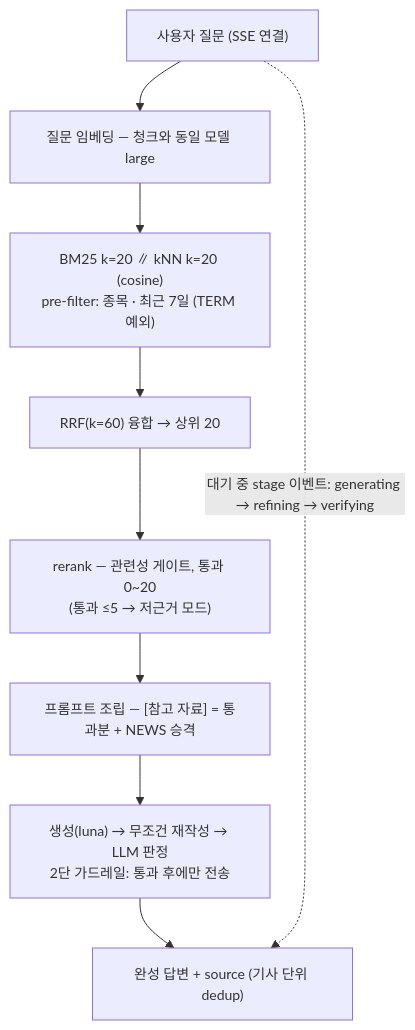
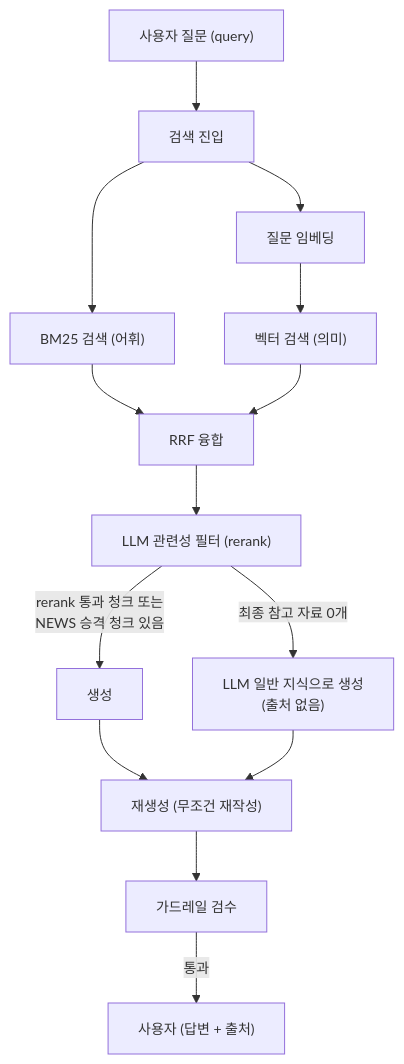
The second of 2 diagrams in ai-chatbot/3-1-architecture.md (sttak-app/sttak-docs), drawn with Mermaid before and after one commit. The commit also changed other lines of this file and 28 other files, not shown here.

````diff
--- a/ai-chatbot/3-1-architecture.md
+++ b/ai-chatbot/3-1-architecture.md
@@ -19,12 +44,16 @@
 ```mermaid
 %%{init: {"themeVariables": {"fontSize": "14px"}}}%%
 flowchart TB
-    Q1["사용자 질문 (SSE 연결)"] --> Q2["질문 임베딩 — 청크와 동일 모델 large"]
-    Q2 --> Q3["BM25 k=20 ∥ kNN k=20 (cosine)<br/>pre-filter: 종목 · 최근 7일 (TERM 예외)"]
-    Q3 --> Q4["RRF(k=60) 융합 → 상위 20"]
-    Q4 --> Q5["rerank — 관련성 게이트, 통과 0~20<br/>(통과 ≤5 → 저근거 모드)"]
-    Q5 --> Q6["프롬프트 조립 — [참고 자료] = 통과분 + NEWS 승격"]
-    Q6 --> Q7["생성(luna) → 무조건 재작성 → LLM 판정<br/>2단 가드레일: 통과 후에만 전송"]
-    Q7 --> Q8["완성 답변 + source (기사 단위 dedup)"]
-    Q1 -. "대기 중 stage 이벤트: generating → refining → verifying" .-> Q8
+    Q["사용자 질문 (query)"] --> S["검색 진입"]
+    S --> BM["BM25 검색 (어휘)"]
+    S --> QE["질문 임베딩"] --> VS["벡터 검색 (의미)"]
+    BM --> RRF["RRF 융합"]
+    VS --> RRF
+    RRF --> RR["LLM 관련성 필터 (rerank)"]
+    RR -- "rerank 통과 청크 또는<br/>NEWS 승격 청크 있음" --> GEN["생성"]
+    RR -- "최종 참고 자료 0개" --> GEN0["LLM 일반 지식으로 생성<br/>(출처 없음)"]
+    GEN --> RW["재생성 (무조건 재작성)"]
+    GEN0 --> RW
+    RW --> GD["가드레일 검수"]
+    GD -- "통과" --> U["사용자 (답변 + 출처)"]
 ```
````
